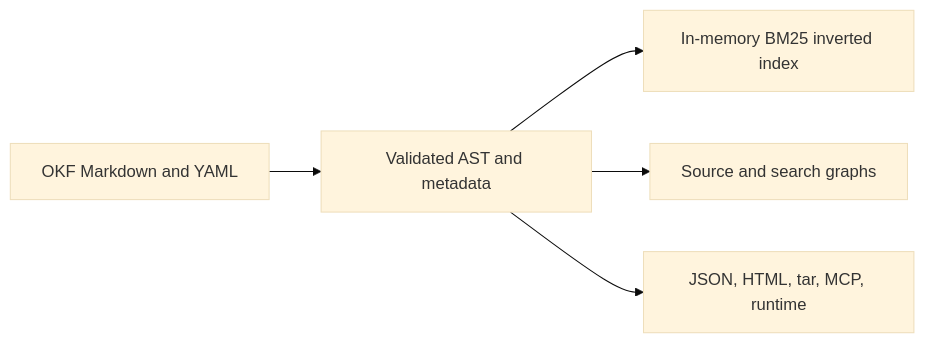
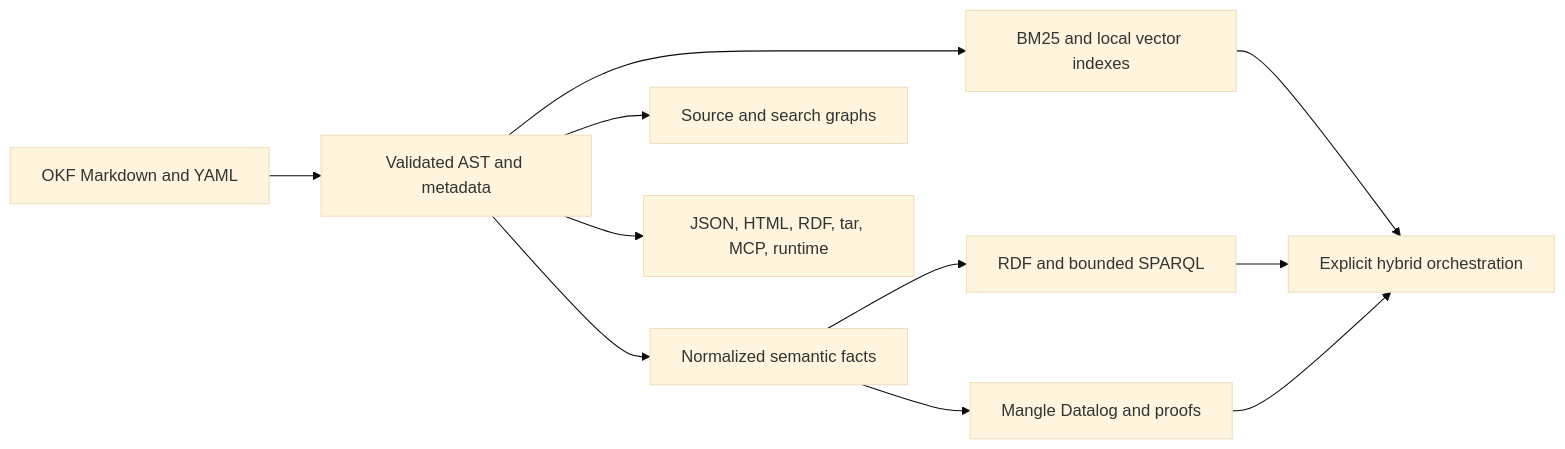
One commit to openknowledge-sh/openknowledge changed the first of 2 diagrams in Wiki/features/knowledge-architecture.md. Above: the diagram before and after it, drawn with Mermaid (base theme). The commit also changed other lines of this file and 178 other files, not shown here.

````diff
--- a/Wiki/features/knowledge-architecture.md
+++ b/Wiki/features/knowledge-architecture.md
@@ -15,7 +15,13 @@
 ```mermaid
 flowchart LR
   OKF["OKF Markdown and YAML"] --> AST["Validated AST and metadata"]
-  AST --> Search["In-memory BM25 inverted index"]
+  AST --> Facts["Normalized semantic facts"]
+  AST --> Search["BM25 and local vector indexes"]
+  Facts --> RDF["RDF and bounded SPARQL"]
+  Facts --> Rules["Mangle Datalog and proofs"]
   AST --> Graphs["Source and search graphs"]
-  AST --> Publish["JSON, HTML, tar, MCP, runtime"]
+  Search --> Hybrid["Explicit hybrid orchestration"]
+  RDF --> Hybrid
+  Rules --> Hybrid
+  AST --> Publish["JSON, HTML, RDF, tar, MCP, runtime"]
 ```
````
